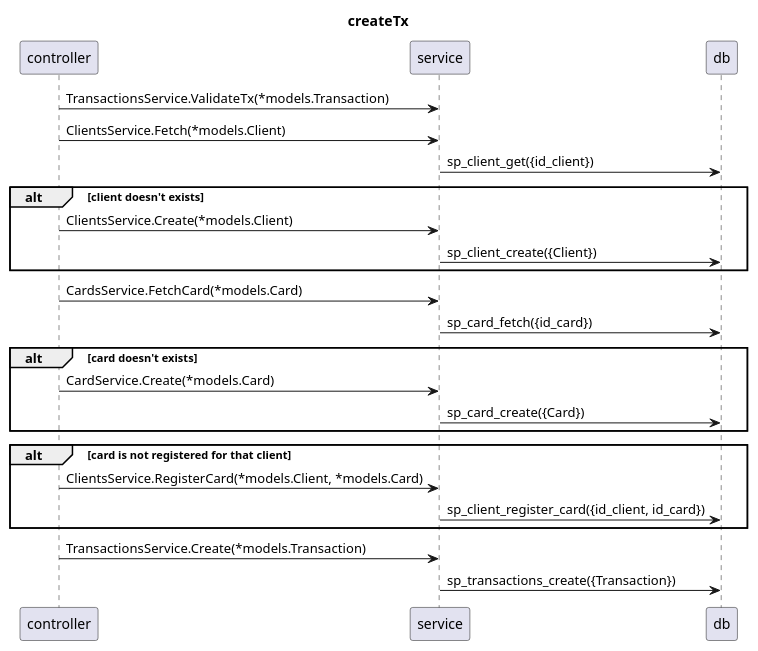
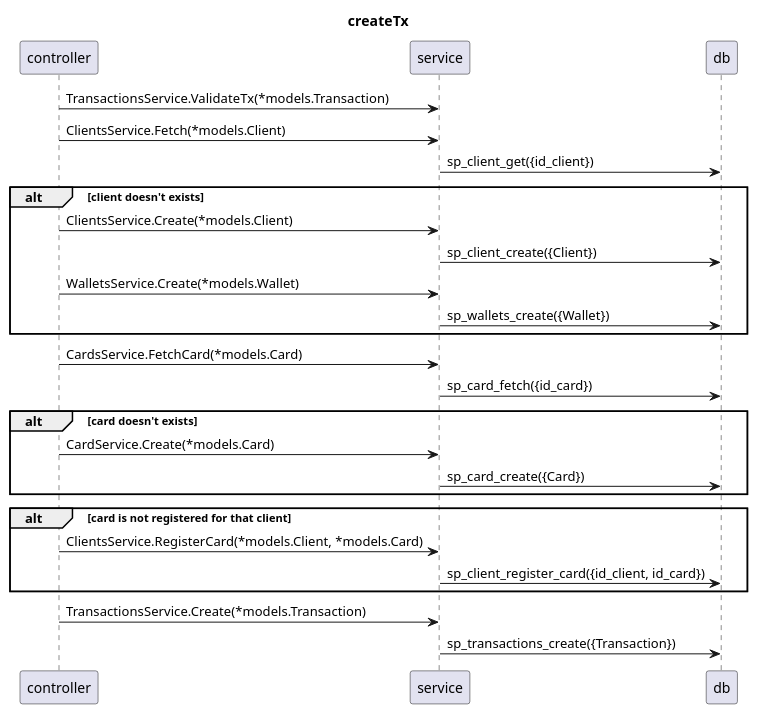
The diagram in internal/docs/sequenceDiagrams/createTx.puml (Farber98/vagas), drawn with PlantUML before and after one commit. The commit also changed 4 other files, not shown here.

Commit message:
added wallets to diagram.

```diff
--- a/internal/docs/sequenceDiagrams/createTx.puml
+++ b/internal/docs/sequenceDiagrams/createTx.puml
@@ -1,34 +1,36 @@
 @startuml
 title createTx
 skinparam responseMessageBelowArrow true
 controller -> service : TransactionsService.ValidateTx(*models.Transaction)
 controller -> service : ClientsService.Fetch(*models.Client)
 service -> db : sp_client_get({id_client})
 alt client doesn't exists
 
     controller -> service: ClientsService.Create(*models.Client)
     service -> db : sp_client_create({Client})
+    controller -> service: WalletsService.Create(*models.Wallet)
+    service -> db : sp_wallets_create({Wallet})
 
 end
 
 controller -> service : CardsService.FetchCard(*models.Card)
 service -> db : sp_card_fetch({id_card})
 
 alt card doesn't exists
 
     controller -> service: CardService.Create(*models.Card)
     service -> db : sp_card_create({Card})
 
 end
 
 alt card is not registered for that client
 
     controller -> service: ClientsService.RegisterCard(*models.Client, *models.Card)
     service -> db : sp_client_register_card({id_client, id_card})
 
 end
 
 controller -> service : TransactionsService.Create(*models.Transaction)
 service -> db : sp_transactions_create({Transaction})
 
 @enduml
```
